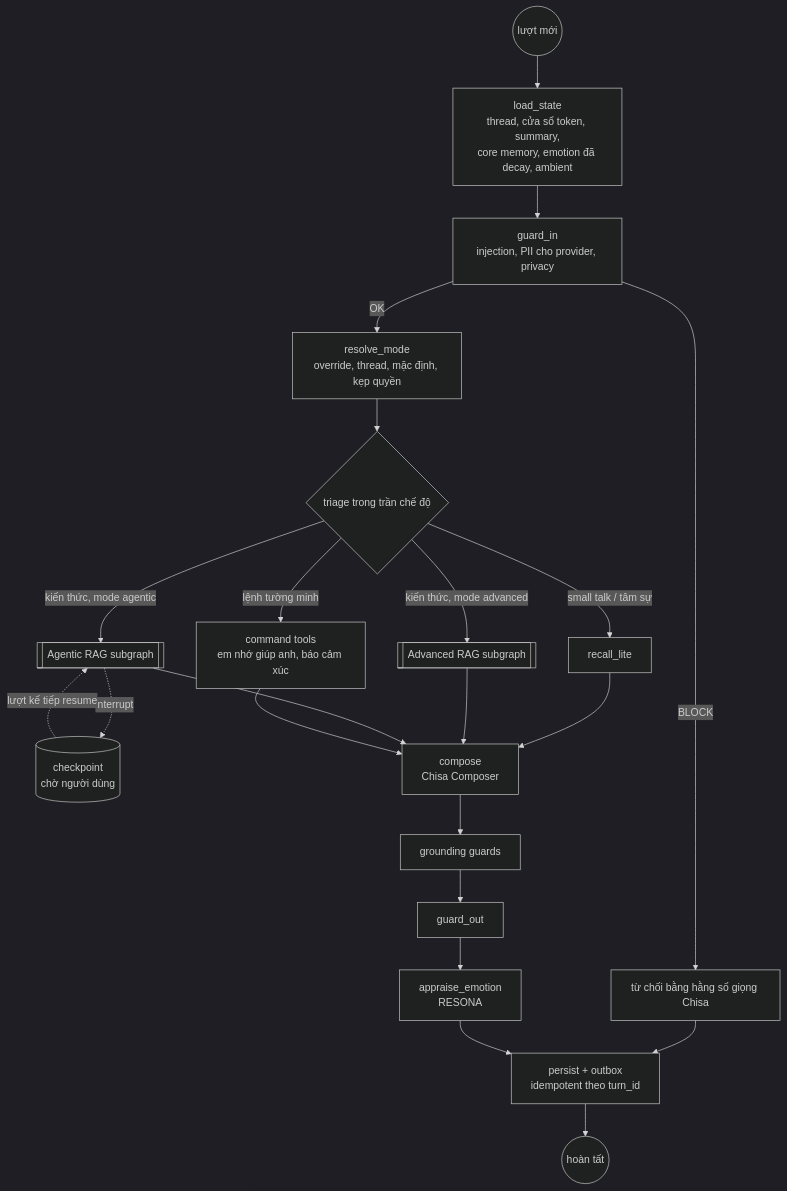
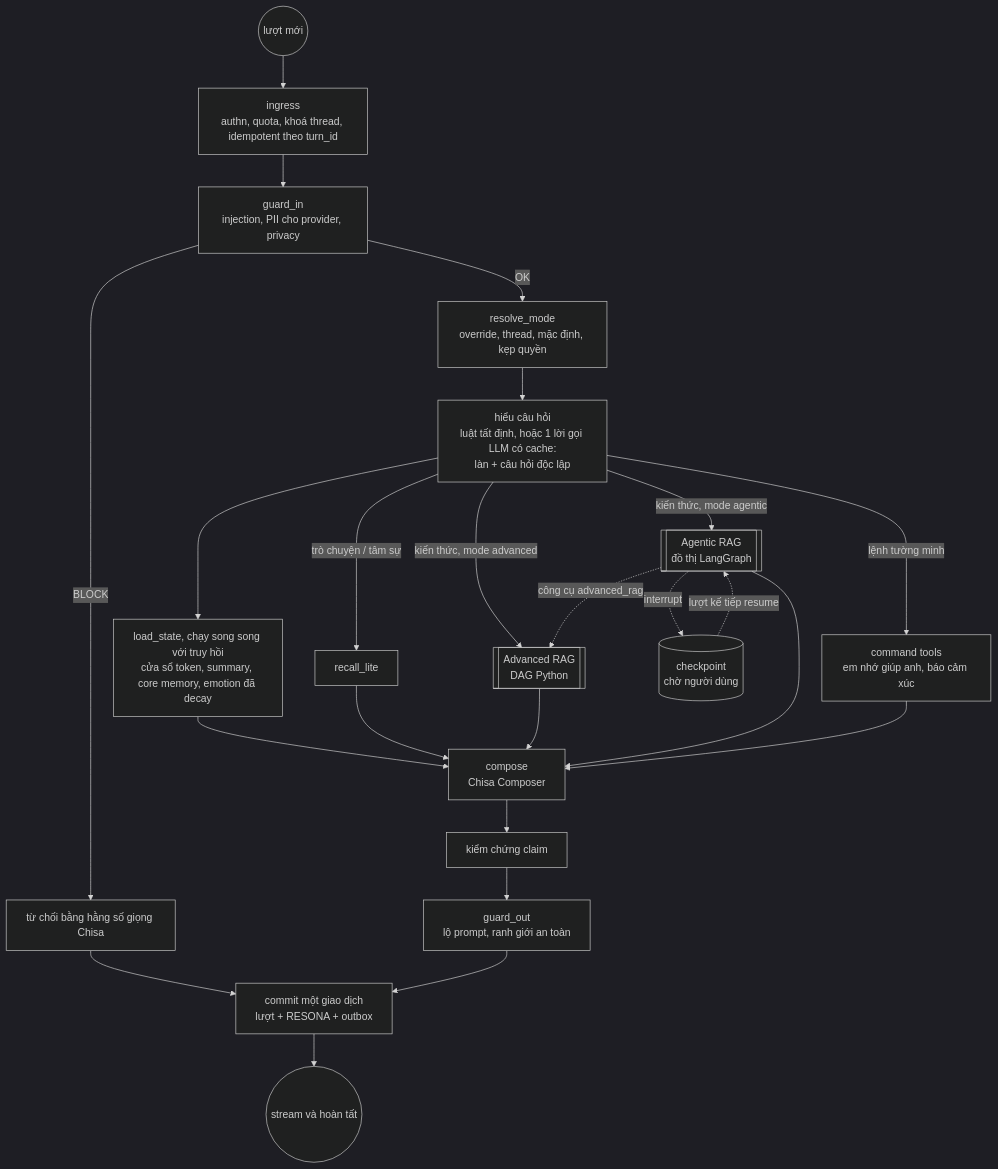
The fifth of 23 diagrams in docs/SRS_Chisa_v2_Advanced_Agentic_RAG.md (HoanBuCon/Kuchiba-Chisa), drawn with Mermaid (dark theme) before and after one commit. The commit also changed other lines of this file and 2 other files, not shown here.

First line of the commit message:
docs(srs): align the SRS with the researched architecture (v2.3.0)

````diff
--- a/docs/SRS_Chisa_v2_Advanced_Agentic_RAG.md
+++ b/docs/SRS_Chisa_v2_Advanced_Agentic_RAG.md
@@ -342,24 +342,26 @@
 ```mermaid
 flowchart TD
-  START(("lượt mới")) --> LS["load_state<br/>thread, cửa sổ token, summary,<br/>core memory, emotion đã decay, ambient"]
-  LS --> GI["guard_in<br/>injection, PII cho provider, privacy"]
+  START(("lượt mới")) --> ING["ingress<br/>authn, quota, khoá thread, idempotent theo turn_id"]
+  ING --> GI["guard_in<br/>injection, PII cho provider, privacy"]
   GI -->|BLOCK| BLK["từ chối bằng hằng số giọng Chisa"]
   BLK --> PERS
   GI -->|OK| RM["resolve_mode<br/>override, thread, mặc định, kẹp quyền"]
-  RM --> TR{"triage trong trần chế độ"}
-  TR -->|"small talk / tâm sự"| CL["recall_lite"]
-  TR -->|"kiến thức, mode advanced"| ADV[["Advanced RAG subgraph"]]
-  TR -->|"kiến thức, mode agentic"| AGT[["Agentic RAG subgraph"]]
-  TR -->|"lệnh tường minh"| CMD["command tools<br/>em nhớ giúp anh, báo cảm xúc"]
+  RM --> UND["hiểu câu hỏi<br/>luật tất định, hoặc 1 lời gọi LLM có cache:<br/>làn + câu hỏi độc lập"]
+  UND --> LS["load_state, chạy song song với truy hồi<br/>cửa sổ token, summary, core memory, emotion đã decay"]
+  UND -->|"trò chuyện / tâm sự"| CL["recall_lite"]
+  UND -->|"kiến thức, mode advanced"| ADV[["Advanced RAG<br/>DAG Python"]]
+  UND -->|"kiến thức, mode agentic"| AGT[["Agentic RAG<br/>đồ thị LangGraph"]]
+  UND -->|"lệnh tường minh"| CMD["command tools<br/>em nhớ giúp anh, báo cảm xúc"]
   AGT -. "interrupt" .-> WAIT[("checkpoint<br/>chờ người dùng")]
   WAIT -. "lượt kế tiếp resume" .-> AGT
+  AGT -. "công cụ advanced_rag" .-> ADV
+  LS --> CMP
   CL --> CMP
   ADV --> CMP
   AGT --> CMP
   CMD --> CMP
-  CMP["compose<br/>Chisa Composer"] --> GRD["grounding guards"]
-  GRD --> GO["guard_out"]
-  GO --> EMO["appraise_emotion<br/>RESONA"]
-  EMO --> PERS["persist + outbox<br/>idempotent theo turn_id"]
-  PERS --> END(("hoàn tất"))
+  CMP["compose<br/>Chisa Composer"] --> GRD["kiểm chứng claim"]
+  GRD --> GO["guard_out<br/>lộ prompt, ranh giới an toàn"]
+  GO --> PERS["commit một giao dịch<br/>lượt + RESONA + outbox"]
+  PERS --> END(("stream và hoàn tất"))
 ```
````
